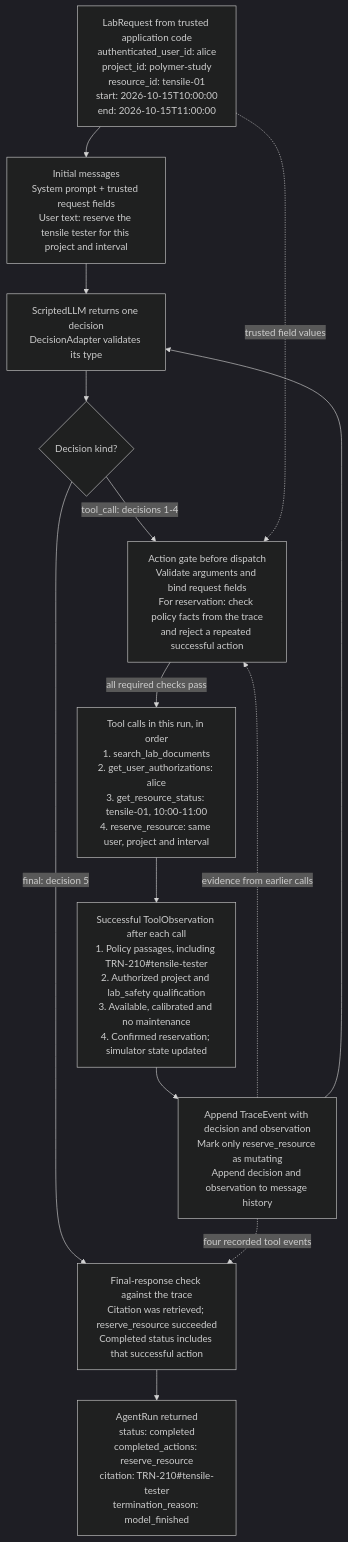
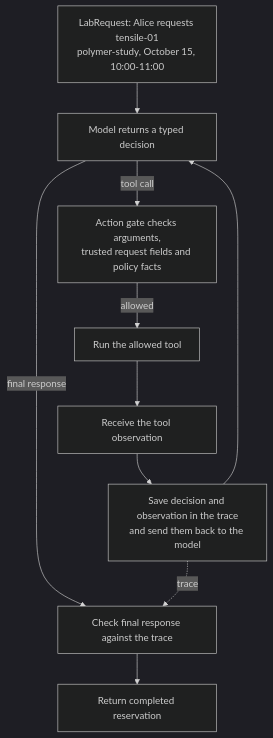
Before and after one commit to nayyirahsan/coe379lfa26-midterm: the diagram in data_flow_diagram.md, drawn with Mermaid (dark theme). The commit also changed other lines of this file, not shown here.

Commit message:
Fixed diagram

````diff
--- a/data_flow_diagram.md
+++ b/data_flow_diagram.md
@@ -5,21 +8,17 @@
 ```mermaid
 flowchart TD
-    R["LabRequest from trusted application code<br/>authenticated_user_id: alice<br/>project_id: polymer-study<br/>resource_id: tensile-01<br/>start: 2026-10-15T10:00:00<br/>end: 2026-10-15T11:00:00"]
-    P["Initial messages<br/>System prompt + trusted request fields<br/>User text: reserve the tensile tester for this project and interval"]
-    M["ScriptedLLM returns one decision<br/>DecisionAdapter validates its type"]
-    K{"Decision kind?"}
-    G["Action gate before dispatch<br/>Validate arguments and bind request fields<br/>For reservation: check policy facts from the trace<br/>and reject a repeated successful action"]
-    T["Tool calls in this run, in order<br/>1. search_lab_documents<br/>2. get_user_authorizations: alice<br/>3. get_resource_status: tensile-01, 10:00-11:00<br/>4. reserve_resource: same user, project and interval"]
-    O["Successful ToolObservation after each call<br/>1. Policy passages, including TRN-210#tensile-tester<br/>2. Authorized project and lab_safety qualification<br/>3. Available, calibrated and no maintenance<br/>4. Confirmed reservation; simulator state updated"]
-    H["Append TraceEvent with decision and observation<br/>Mark only reserve_resource as mutating<br/>Append decision and observation to message history"]
-    F["Final-response check against the trace<br/>Citation was retrieved; reserve_resource succeeded<br/>Completed status includes that successful action"]
-    U["AgentRun returned<br/>status: completed<br/>completed_actions: reserve_resource<br/>citation: TRN-210#tensile-tester<br/>termination_reason: model_finished"]
+    A["LabRequest: Alice requests tensile-01<br/>polymer-study, October 15, 10:00-11:00"]
+    B["Model returns a typed decision"]
+    C["Action gate checks arguments,<br/>trusted request fields and policy facts"]
+    D["Run the allowed tool"]
+    E["Receive the tool observation"]
+    F["Save decision and observation in the trace<br/>and send them back to the model"]
+    G["Check final response against the trace"]
+    H["Return completed reservation"]
 
-    R --> P --> M --> K
-    K -->|tool_call: decisions 1-4| G
-    R -. trusted field values .-> G
-    H -. evidence from earlier calls .-> G
-    G -->|all required checks pass| T --> O --> H --> M
-    K -->|final: decision 5| F --> U
-    H -. four recorded tool events .-> F
+    A --> B
+    B -->|tool call| C
+    C -->|allowed| D --> E --> F --> B
+    B -->|final response| G --> H
+    F -. trace .-> G
 ```
````
